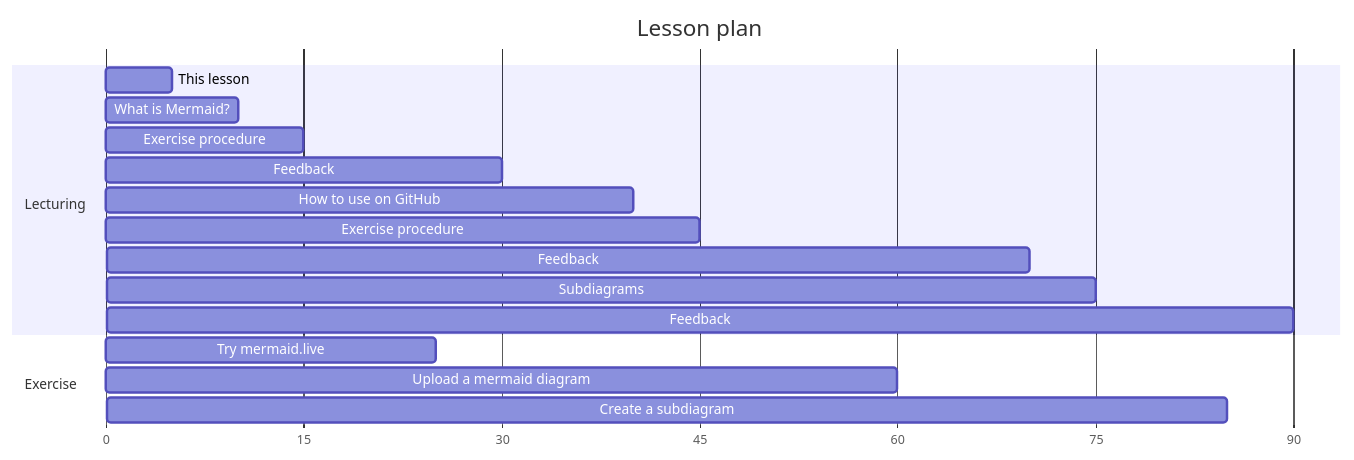
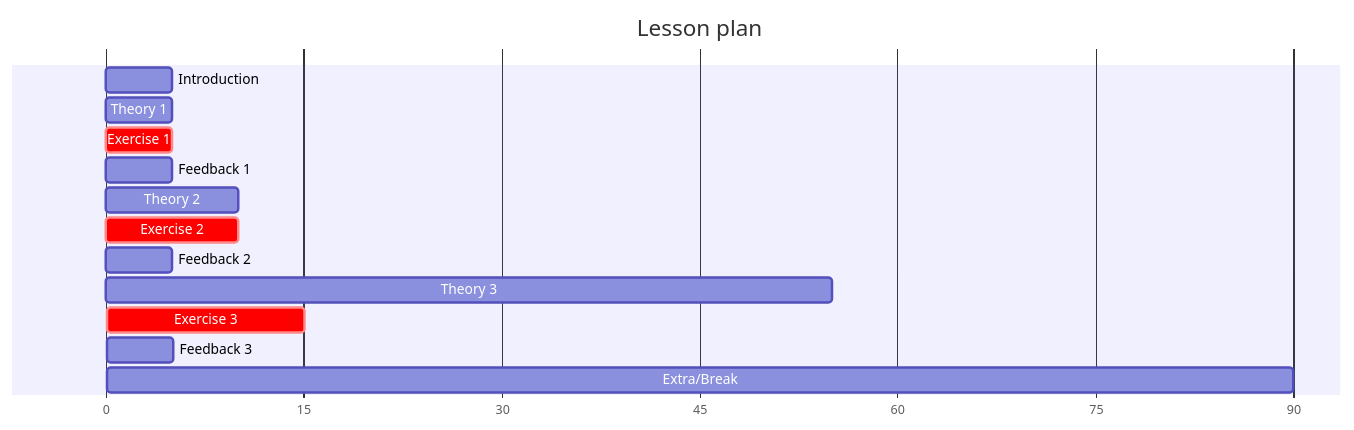
The first of 6 diagrams in README.md (richelbilderbeek/lesson_mermaid), drawn with Mermaid before and after one commit.

Commit message:
Update lesson plan

````diff
--- a/README.md
+++ b/README.md
@@ -17,20 +17,18 @@
 ```mermaid
+
 gantt
   title Lesson plan
   dateFormat X
   axisFormat %s
-  section Lecturing
-  This lesson : 0, 5
-  What is Mermaid? : 5, 10
-  Exercise procedure: 10, 15
-  Feedback : 25, 30
-  How to use on GitHub : 30, 40
-  Exercise procedure: 40, 45
-  Feedback : 60, 70
-  Subdiagrams : 70, 75
-  Feedback : 85, 90
-  section Exercise
-  Try mermaid.live: 15, 25
-  Upload a mermaid diagram: 45,60
-  Create a subdiagram: 75,85
+  Introduction : 0, 5s
+  Theory 1: 5, 5s
+  Exercise 1: crit, 10, 5s
+  Feedback 1: 15, 5s
+  Theory 2: 20, 10s
+  Exercise 2: crit, 30, 10s
+  Feedback 2: 40, 5s
+  Theory 3: 45,55
+  Exercise 3: crit, 55,15s
+  Feedback 3: 70,5s
+  Extra/Break: 75,90
 ```
````
